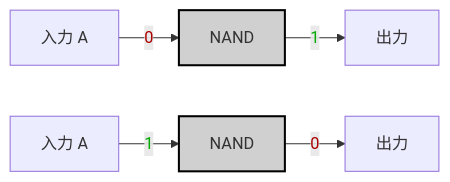
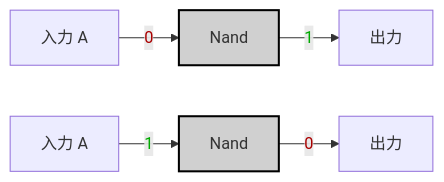
Before and after one commit to MeJamoLeo/Vault_Templates: the second of 2 diagrams in 99_Projects/Nand2Tetris/HackHDL/01_NOT.md, drawn with Mermaid. The commit also changed other lines of this file and 4 other files, not shown here.

````diff
--- a/99_Projects/Nand2Tetris/HackHDL/01_NOT.md
+++ b/99_Projects/Nand2Tetris/HackHDL/01_NOT.md
@@ -55,10 +55,10 @@
 ```mermaid
 graph LR;
-    A["入力 A"] -->|<span style="color:#a00">0</span>| NAND0;
-    NAND0["NAND"]:::gate -->|<span style="color:#0a0">1</span>| OUT0["出力"];
+    A["入力 A"] -->|<span style="color:#a00">0</span>| Nand0;
+    Nand0["Nand"]:::gate -->|<span style="color:#0a0">1</span>| OUT0["出力"];
 
-    A1["入力 A"] -->|<span style="color:#0a0">1</span>| NAND1;
-    NAND1["NAND"]:::gate -->|<span style="color:#a00">0</span>| OUT1["出力"];
+    A1["入力 A"] -->|<span style="color:#0a0">1</span>| Nand1;
+    Nand1["Nand"]:::gate -->|<span style="color:#a00">0</span>| OUT1["出力"];
 
     classDef gate fill:#d0d0d0,stroke:#000,stroke-width:2px;
 ```
````
